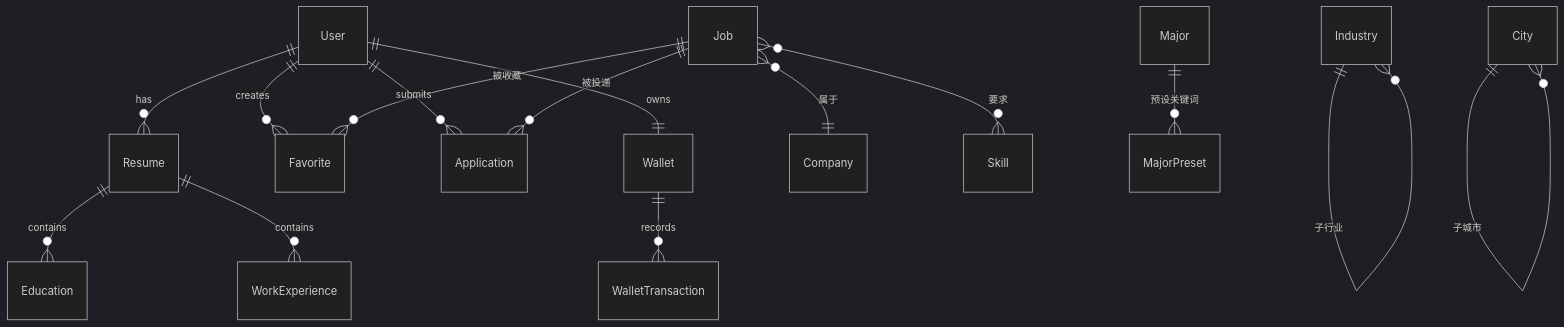
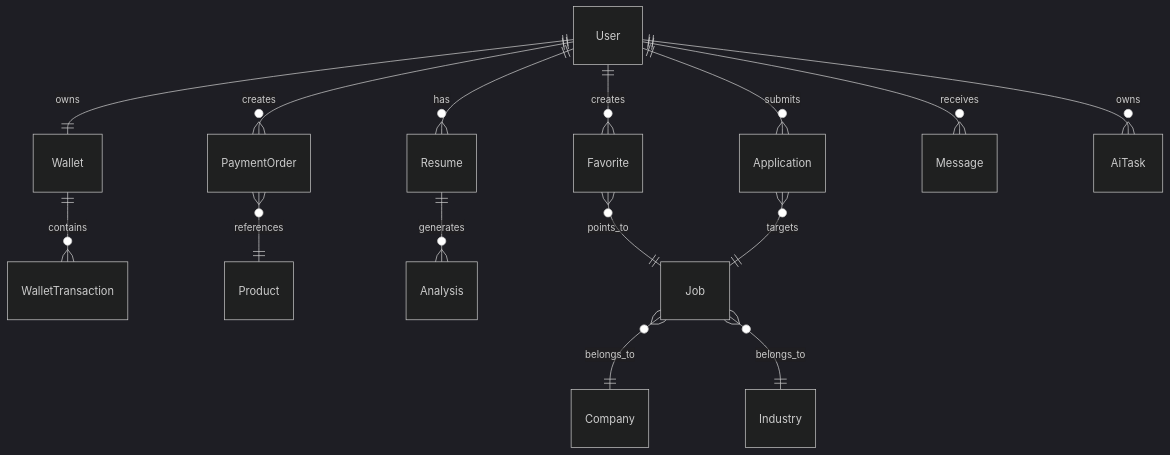
Before and after one commit to bo-ouyang/job: the sixth of 7 diagrams in ARCHITECTURE.md, drawn with Mermaid (dark theme). The commit also changed other lines of this file and 26 other files, not shown here.

````diff
--- a/ARCHITECTURE.md
+++ b/ARCHITECTURE.md
@@ -169,20 +222,21 @@
 ```mermaid
 erDiagram
+    User ||--|| Wallet : owns
+    Wallet ||--o{ WalletTransaction : contains
+    User ||--o{ PaymentOrder : creates
+    PaymentOrder }o--|| Product : references
+
     User ||--o{ Resume : has
+    Resume ||--o{ Analysis : generates
+
     User ||--o{ Favorite : creates
+    Favorite }o--|| Job : points_to
     User ||--o{ Application : submits
-    User ||--|| Wallet : owns
-    Wallet ||--o{ WalletTransaction : records
+    Application }o--|| Job : targets
 
-    Job ||--o{ Favorite : "被收藏"
-    Job ||--o{ Application : "被投递"
-    Job }o--|| Company : "属于"
-    Job }o--o{ Skill : "要求"
+    Job }o--|| Company : belongs_to
+    Job }o--|| Industry : belongs_to
 
-    Resume ||--o{ Education : contains
-    Resume ||--o{ WorkExperience : contains
-
-    Industry ||--o{ Industry : "子行业"
-    City ||--o{ City : "子城市"
-    Major ||--o{ MajorPreset : "预设关键词"
+    User ||--o{ Message : receives
+    User ||--o{ AiTask : owns
 ```
````
